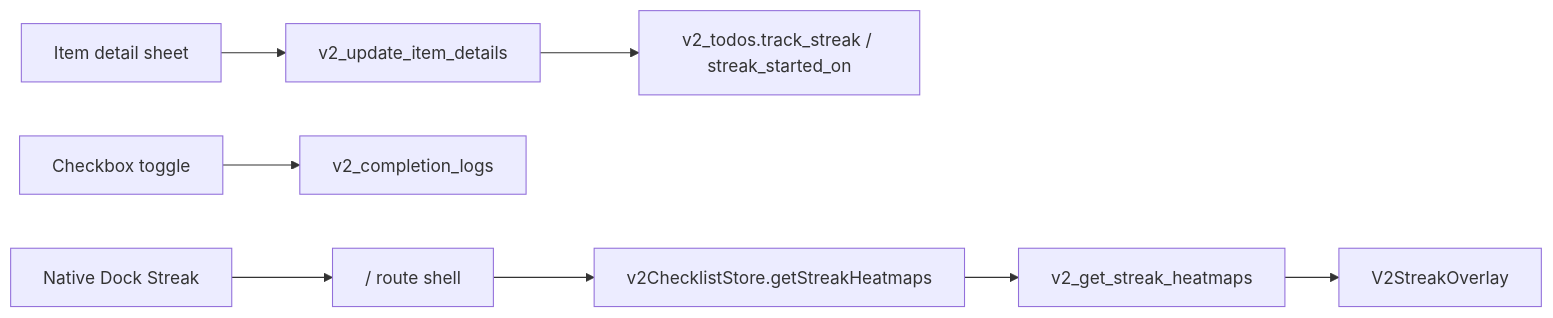
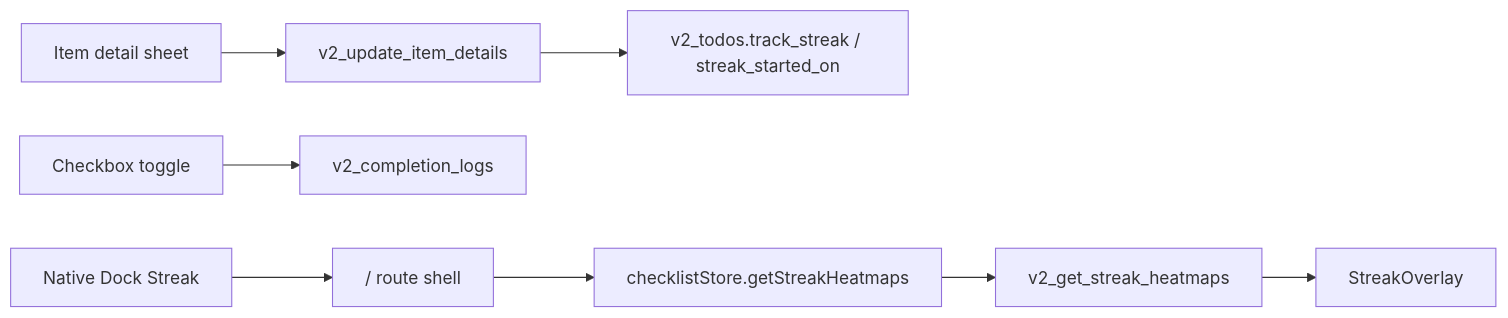
One commit to U-Keun/Tickly changed the diagram in docs/v2-notes/016-streak-direction.md. Above: the diagram before and after it, drawn with Mermaid. The commit also changed other lines of this file and 167 other files, not shown here.

````diff
--- a/docs/v2-notes/016-streak-direction.md
+++ b/docs/v2-notes/016-streak-direction.md
@@ -11,10 +11,10 @@
 ```mermaid
 flowchart LR
   Detail["Item detail sheet"] --> Update["v2_update_item_details"]
   Update --> Todo["v2_todos.track_streak / streak_started_on"]
   Toggle["Checkbox toggle"] --> Logs["v2_completion_logs"]
   Dock["Native Dock Streak"] --> Route["/ route shell"]
-  Route --> Store["v2ChecklistStore.getStreakHeatmaps"]
+  Route --> Store["checklistStore.getStreakHeatmaps"]
   Store --> Command["v2_get_streak_heatmaps"]
-  Command --> Overlay["V2StreakOverlay"]
+  Command --> Overlay["StreakOverlay"]
 ```
````
